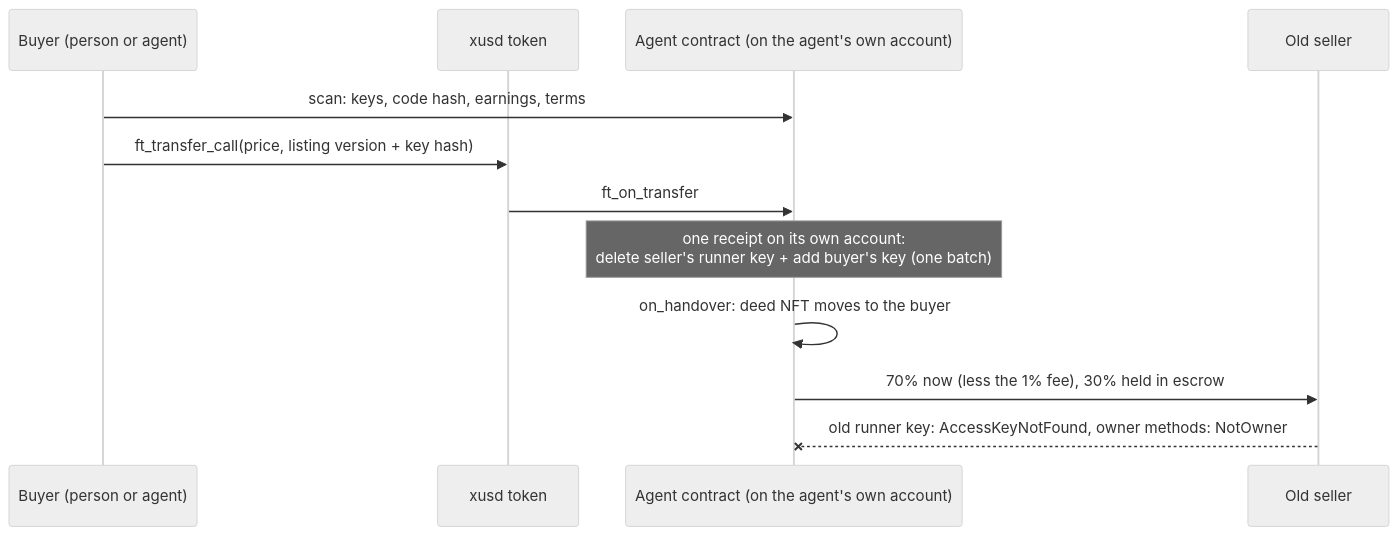
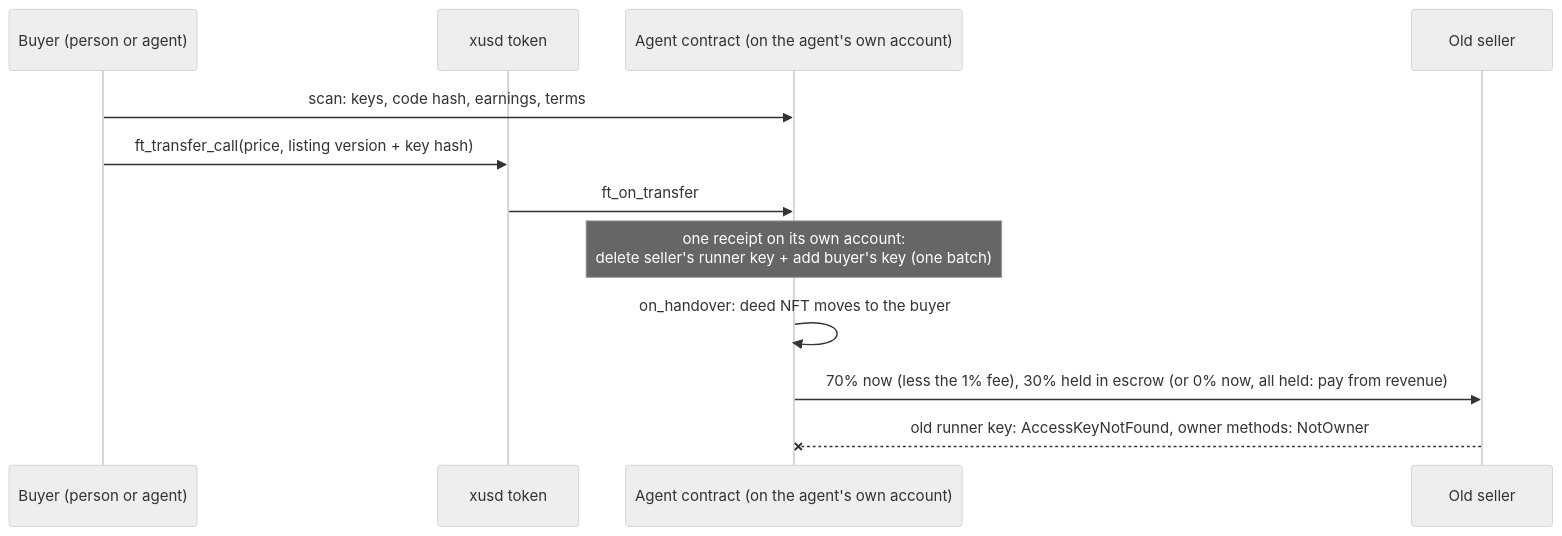
One commit to alexandergorokhov/agent-exit changed the diagram in README.md. Above: the diagram before and after it, drawn with Mermaid (neutral theme). The commit also changed other lines of this file and 22 other files, not shown here.

First line of the commit message:
Pay from revenue: a listing may hold the whole price; cost to fake on the card

````diff
--- a/README.md
+++ b/README.md
@@ -75,14 +75,14 @@
 ```mermaid
 sequenceDiagram
     participant B as Buyer (person or agent)
     participant T as xusd token
     participant A as Agent contract (on the agent's own account)
     participant S as Old seller
     B->>A: scan: keys, code hash, earnings, terms
     B->>T: ft_transfer_call(price, listing version + key hash)
     T->>A: ft_on_transfer
     Note over A: one receipt on its own account:<br/>delete seller's runner key + add buyer's key (one batch)
     A->>A: on_handover: deed NFT moves to the buyer
-    A->>S: 70% now (less the 1% fee), 30% held in escrow
+    A->>S: 70% now (less the 1% fee), 30% held in escrow (or 0% now, all held: pay from revenue)
     S--xA: old runner key: AccessKeyNotFound, owner methods: NotOwner
 ```
````
